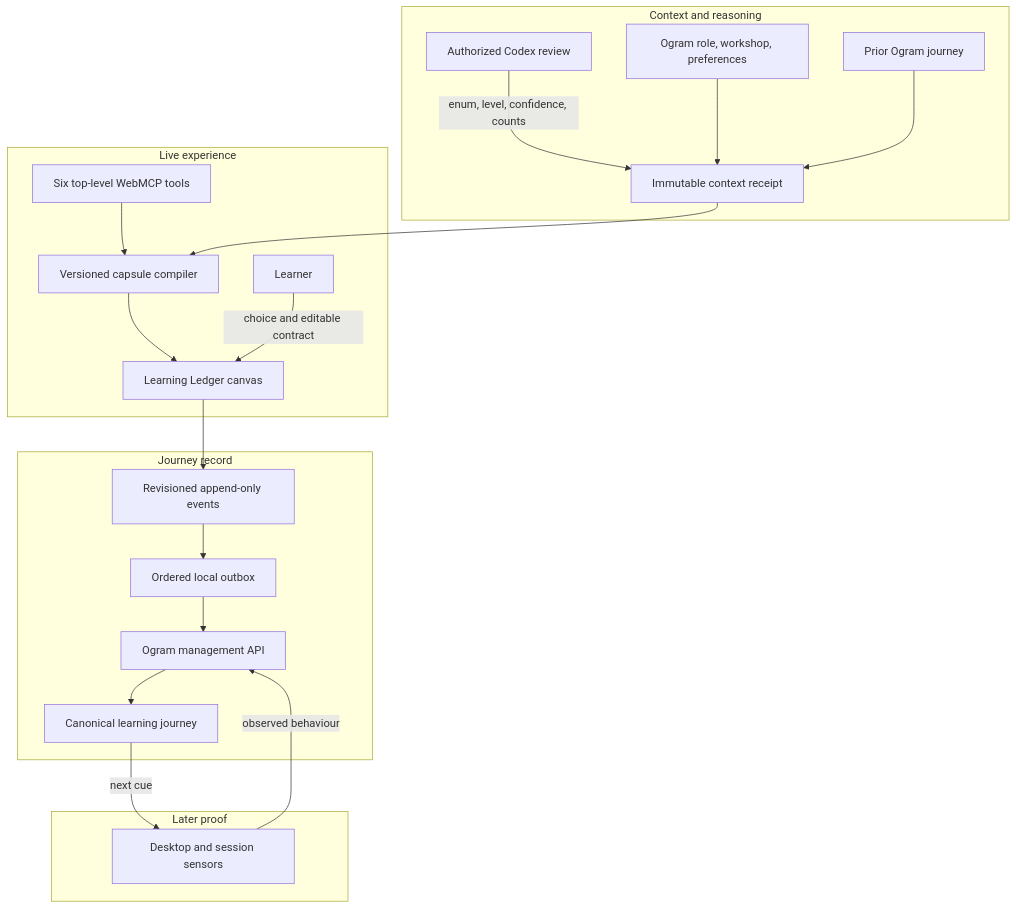
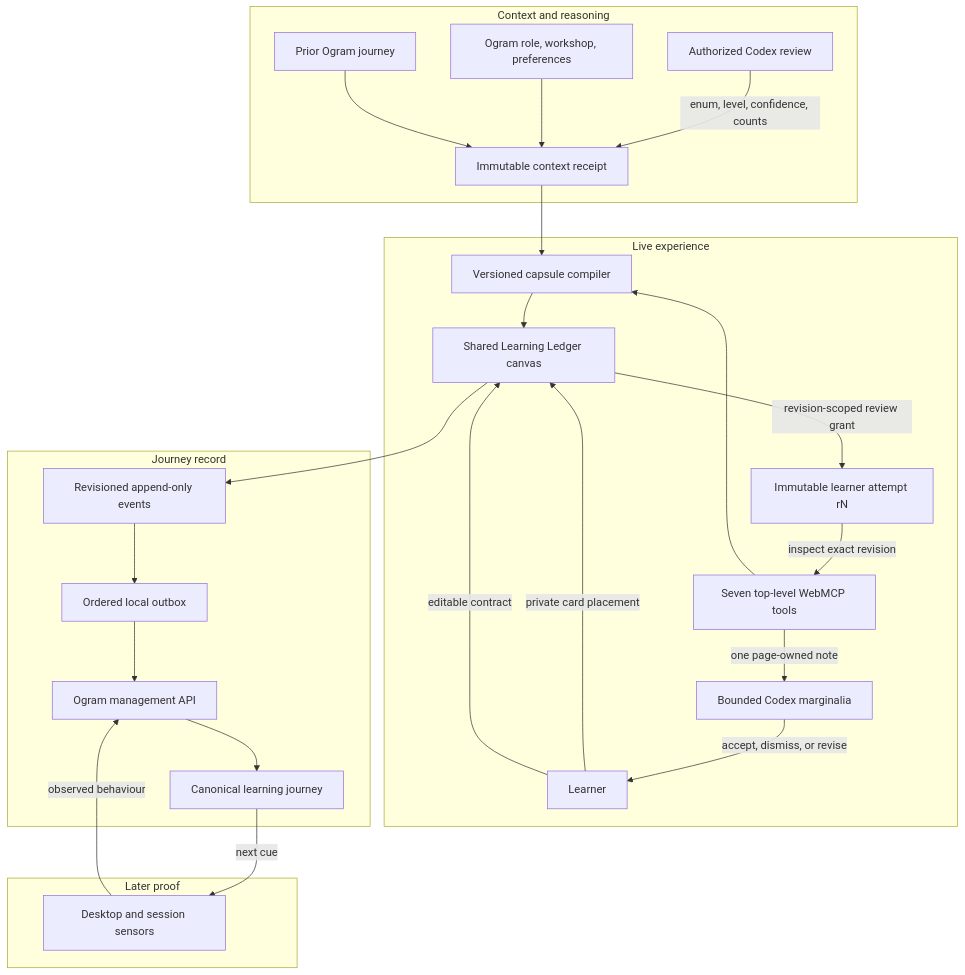
One commit to self-tech-labs/agentic-textbook changed the first of 2 diagrams in docs/architecture.md. Above: the diagram before and after it, drawn with Mermaid. The commit also changed other lines of this file and 26 other files, not shown here.

Commit message:
feat: turn lesson into shared WebMCP instrument

````diff
--- a/docs/architecture.md
+++ b/docs/architecture.md
@@ -15,36 +15,43 @@
 ```mermaid
 flowchart TB
   subgraph Context[Context and reasoning]
     OC[Ogram role, workshop, preferences]
     CR[Authorized Codex review]
     LJ[Prior Ogram journey]
     CR -->|enum, level, confidence, counts| RC[Immutable context receipt]
     OC --> RC
     LJ --> RC
   end
 
   subgraph Experience[Live experience]
-    WM[Six top-level WebMCP tools]
+    WM[Seven top-level WebMCP tools]
     CP[Versioned capsule compiler]
-    UI[Learning Ledger canvas]
+    UI[Shared Learning Ledger canvas]
+    R1[Immutable learner attempt rN]
+    AN[Bounded Codex marginalia]
     HU[Learner]
     WM --> CP
     RC --> CP
     CP --> UI
-    HU -->|choice and editable contract| UI
+    HU -->|private card placement| UI
+    UI -->|revision-scoped review grant| R1
+    R1 -->|inspect exact revision| WM
+    WM -->|one page-owned note| AN
+    AN -->|accept, dismiss, or revise| HU
+    HU -->|editable contract| UI
   end
 
   subgraph Record[Journey record]
     EV[Revisioned append-only events]
     OB[Ordered local outbox]
     API[Ogram management API]
     DB[Canonical learning journey]
     UI --> EV --> OB --> API --> DB
   end
 
   subgraph Companion[Later proof]
     DS[Desktop and session sensors]
     DS -->|observed behaviour| API
     DB -->|next cue| DS
   end
 ```
````
